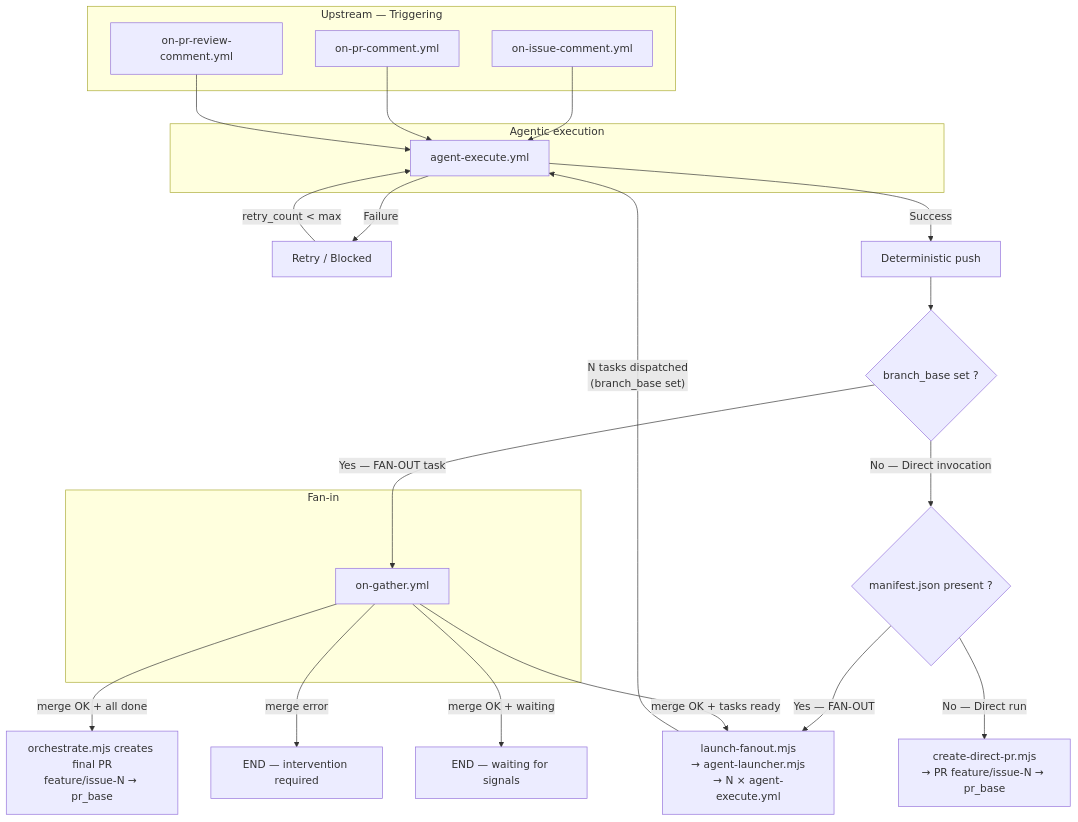
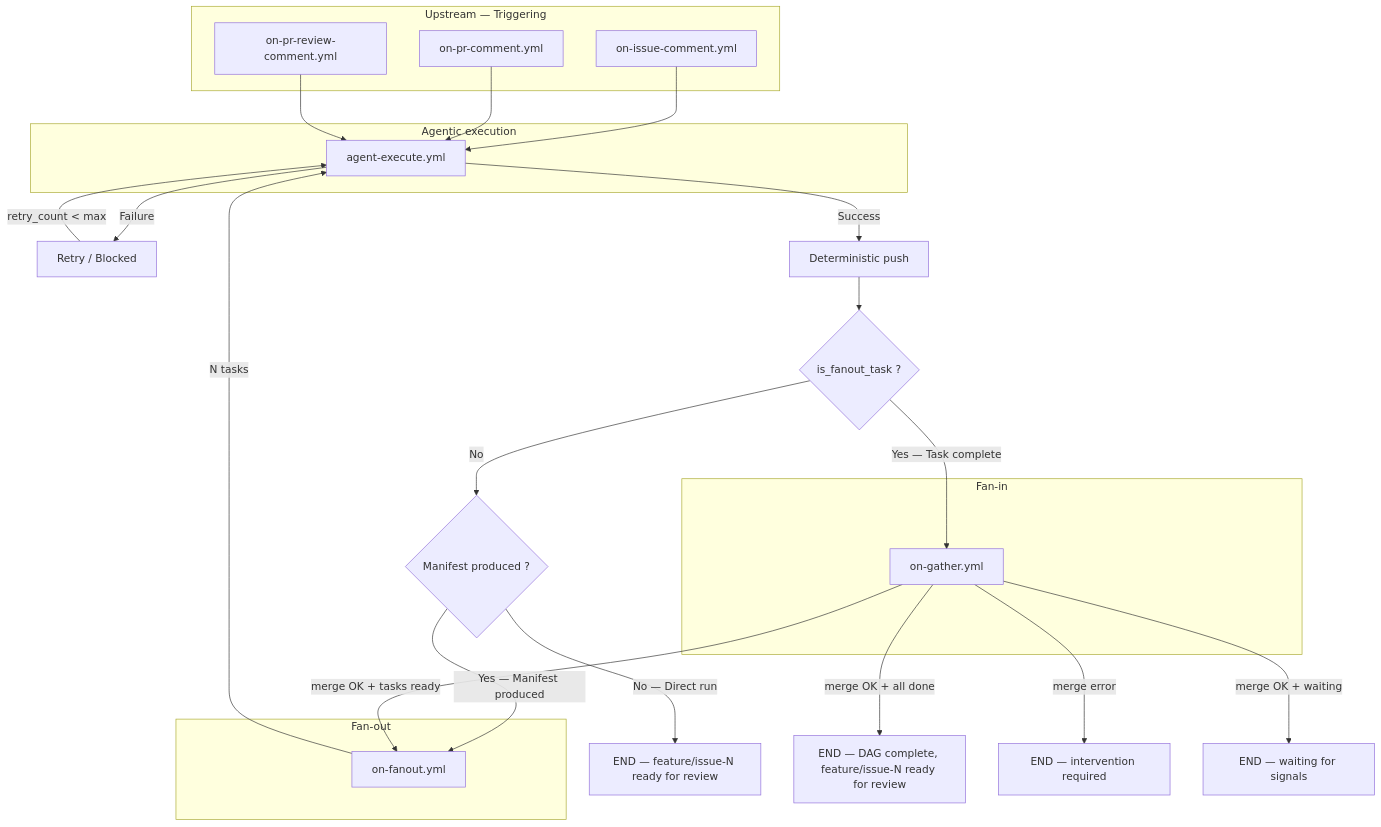
One commit to dsissoko/oneticket-core changed the diagram in .oneticket/docs/what/product-spec.md. Above: the diagram before and after it, drawn with Mermaid. The commit also changed other lines of this file and 1 other file, not shown here.

````diff
--- a/.oneticket/docs/what/product-spec.md
+++ b/.oneticket/docs/what/product-spec.md
@@ -548,41 +480,45 @@
 ```mermaid
 flowchart TD
 
     subgraph AMONT["Upstream — Triggering"]
         ISSUE["on-issue-comment.yml"]
         PR["on-pr-comment.yml"]
         REVIEW["on-pr-review-comment.yml"]
     end
 
     subgraph EXEC_BOX["Agentic execution"]
         EXEC["agent-execute.yml"]
+    end
+
+    subgraph FANOUT_BOX["Fan-out"]
+        FANOUT["on-fanout.yml"]
     end
 
     subgraph FANIN_BOX["Fan-in"]
         GATHER["on-gather.yml"]
     end
 
     ISSUE --> EXEC
     PR --> EXEC
     REVIEW --> EXEC
 
     EXEC -->|"Failure"| RETRY["Retry / Blocked"]
     RETRY -->|"retry_count < max"| EXEC
 
     EXEC -->|"Success"| PUSH["Deterministic push"]
 
-    PUSH --> BRANCHBASE{"branch_base set ?"}
+    PUSH --> ISFANOUT{"is_fanout_task ?"}
 
-    BRANCHBASE -->|"Yes — FAN-OUT task"| GATHER
-    BRANCHBASE -->|"No — Direct invocation"| MANIFESTCHECK{"manifest.json present ?"}
+    ISFANOUT -->|"Yes — Task complete"| GATHER
+    ISFANOUT -->|"No"| MANIFESTCHECK{"Manifest produced ?"}
 
-    MANIFESTCHECK -->|"Yes — FAN-OUT"| FANOUT["launch-fanout.mjs\n→ agent-launcher.mjs\n→ N × agent-execute.yml"]
-    MANIFESTCHECK -->|"No — Direct run"| DIRECTPR["create-direct-pr.mjs\n→ PR feature/issue-N → pr_base"]
+    MANIFESTCHECK -->|"Yes — Manifest produced"| FANOUT
+    MANIFESTCHECK -->|"No — Direct run"| END_SIMPLE["END — feature/issue-N ready for review"]
 
-    FANOUT -->|"N tasks dispatched\n(branch_base set)"| EXEC
+    FANOUT -->|"N tasks"| EXEC
 
     GATHER -->|"merge OK + tasks ready"| FANOUT
-    GATHER -->|"merge OK + all done"| FINALPR["orchestrate.mjs creates final PR\nfeature/issue-N → pr_base"]
+    GATHER -->|"merge OK + all done"| DONE["END — DAG complete, feature/issue-N ready for review"]
     GATHER -->|"merge error"| ERROR["END — intervention required"]
     GATHER -->|"merge OK + waiting"| WAIT["END — waiting for signals"]
 ```
````
